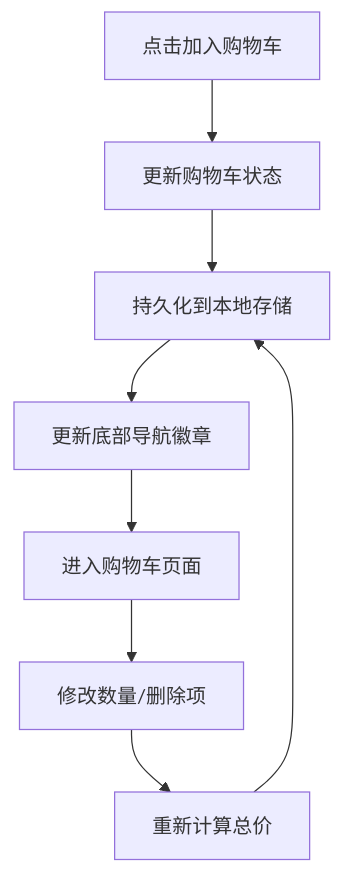
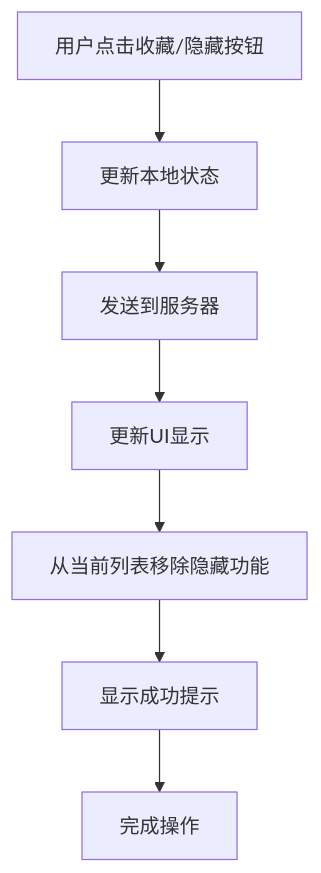
One commit to three3638-arch/celestia_2b changed the seventh of 9 diagrams in .qoder/repowiki/zh/content/前台商店系统/前台商店系统.md. Above: the diagram before and after it, drawn with Mermaid. The commit also changed other lines of this file and 17 other files, not shown here.

````diff
--- a/.qoder/repowiki/zh/content/前台商店系统/前台商店系统.md
+++ b/.qoder/repowiki/zh/content/前台商店系统/前台商店系统.md
@@ -204,10 +393,9 @@
 ```mermaid
 flowchart TD
-AddItem["点击加入购物车"] --> UpdateState["更新购物车状态"]
-UpdateState --> Persist["持久化到本地存储"]
-Persist --> Badge["更新底部导航徽章"]
-Badge --> ViewCart["进入购物车页面"]
-ViewCart --> ModifyQty["修改数量/删除项"]
-ModifyQty --> Recalculate["重新计算总价"]
-Recalculate --> Persist
+UserClick["用户点击收藏/隐藏按钮"] --> UpdateLocalState["更新本地状态"]
+UpdateLocalState --> SendToServer["发送到服务器"]
+SendToServer --> UpdateUI["更新UI显示"]
+UpdateUI --> RemoveFromList["从当前列表移除隐藏功能"]
+RemoveFromList --> ShowSuccess["显示成功提示"]
+ShowSuccess --> Complete["完成操作"]
 ```
````
